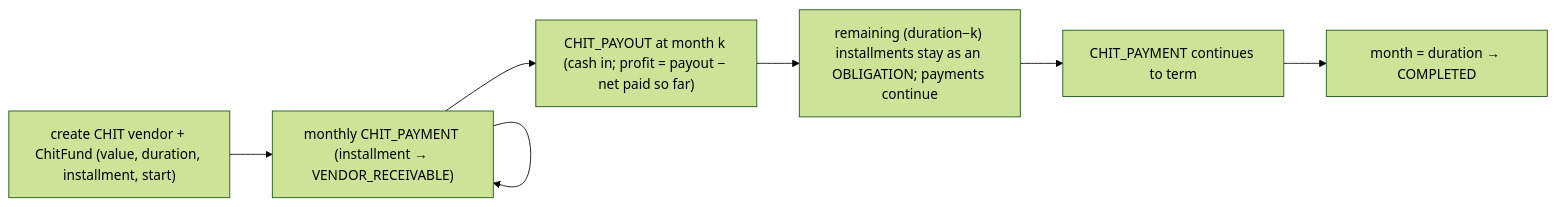
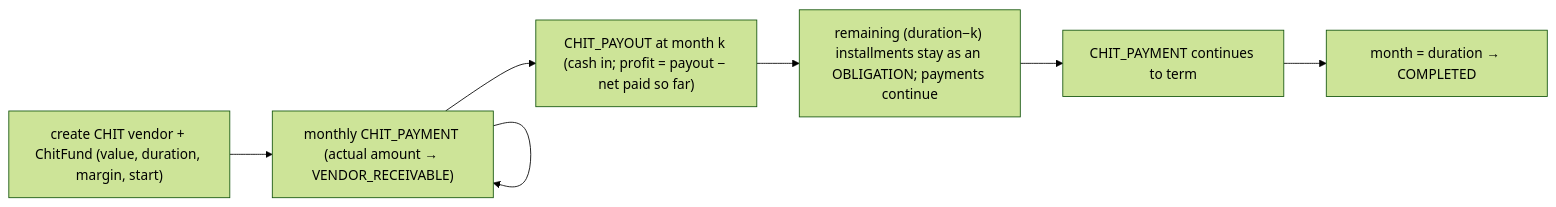
One commit to iam-hussain/peacock changed the fourth of 7 diagrams in docs/IMPLEMENTATION_PLAN.md. Above: the diagram before and after it, drawn with Mermaid (forest theme). The commit also changed other lines of this file, not shown here.

First line of the commit message:
Rev 3: lock interest/chit/migration/profit decisions

````diff
--- a/docs/IMPLEMENTATION_PLAN.md
+++ b/docs/IMPLEMENTATION_PLAN.md
@@ -743,9 +758,9 @@
 ```mermaid
 flowchart LR
-  S["create CHIT vendor + ChitFund (value, duration, installment, start)"] --> P["monthly CHIT_PAYMENT (installment → VENDOR_RECEIVABLE)"]
+  S["create CHIT vendor + ChitFund (value, duration, margin, start)"] --> P["monthly CHIT_PAYMENT (actual amount → VENDOR_RECEIVABLE)"]
   P --> P
   P --> PO["CHIT_PAYOUT at month k (cash in; profit = payout − net paid so far)"]
   PO --> O["remaining (duration−k) installments stay as an OBLIGATION; payments continue"]
   O --> P2["CHIT_PAYMENT continues to term"]
   P2 --> CL["month = duration → COMPLETED"]
 ```
````
